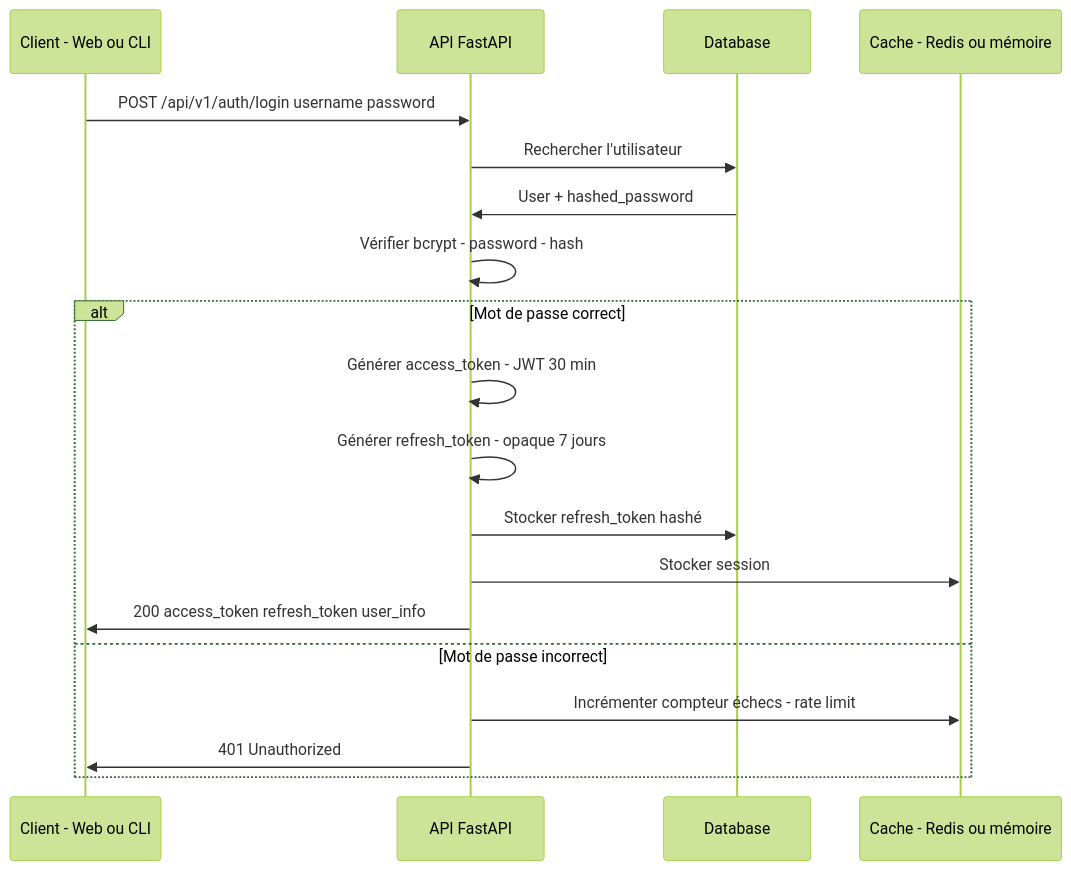
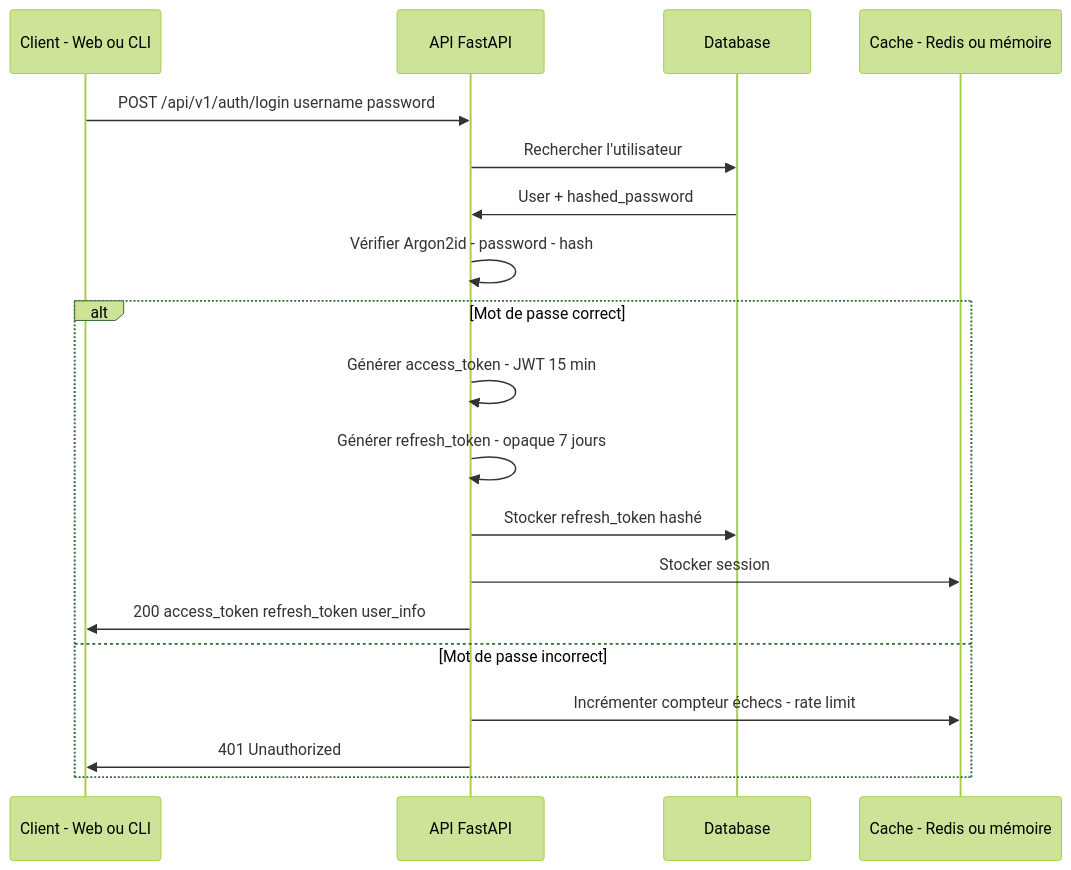
Before and after one commit to stefapi/windflow: the first of 2 diagrams in docs/general_specs/07-authentification.md, drawn with Mermaid (forest theme). The commit also changed other lines of this file and 13 other files, not shown here.

````diff
--- a/docs/general_specs/07-authentification.md
+++ b/docs/general_specs/07-authentification.md
@@ -23,22 +23,22 @@
 ```mermaid
 sequenceDiagram
     participant Client as Client - Web ou CLI
     participant API as API FastAPI
     participant DB as Database
     participant Cache as Cache - Redis ou mémoire
 
     Client->>API: POST /api/v1/auth/login username password
     API->>DB: Rechercher l'utilisateur
     DB->>API: User + hashed_password
-    API->>API: Vérifier bcrypt - password - hash
+    API->>API: Vérifier Argon2id - password - hash
     alt Mot de passe correct
-        API->>API: Générer access_token - JWT 30 min
+        API->>API: Générer access_token - JWT 15 min
         API->>API: Générer refresh_token - opaque 7 jours
         API->>DB: Stocker refresh_token hashé
         API->>Cache: Stocker session
         API->>Client: 200 access_token refresh_token user_info
     else Mot de passe incorrect
         API->>Cache: Incrémenter compteur échecs - rate limit
         API->>Client: 401 Unauthorized
     end
 ```
````
